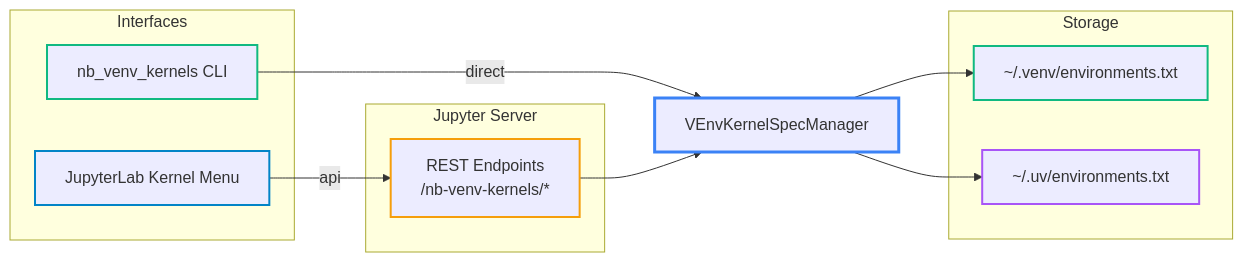
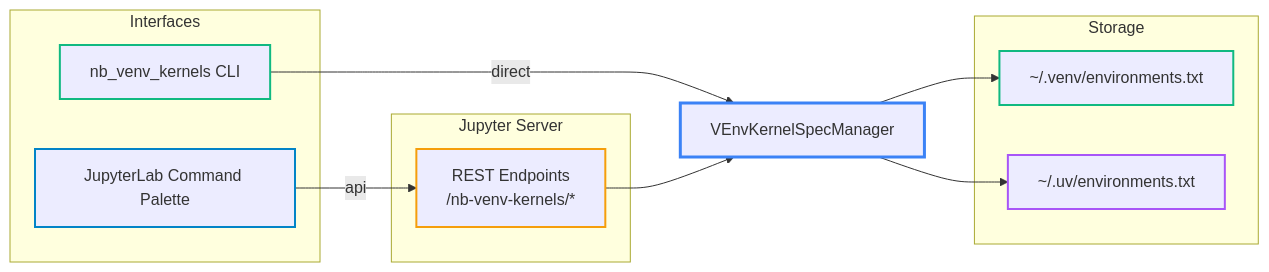
The second of 2 diagrams in README.md (stellarshenson/nb_venv_kernels), drawn with Mermaid before and after one commit. The commit also changed other lines of this file and 4 other files, not shown here.

Commit message:
feat: remove menu items from Kernel menu, keep commands in palette only

````diff
--- a/README.md
+++ b/README.md
@@ -210,31 +210,31 @@
 ```mermaid
 flowchart LR
     subgraph Interfaces
         CLI[nb_venv_kernels CLI]
-        MENU[JupyterLab Kernel Menu]
+        PAL[JupyterLab Command Palette]
     end
 
     subgraph Server[Jupyter Server]
         REST[REST Endpoints<br>/nb-venv-kernels/*]
     end
 
     MGR[VEnvKernelSpecManager]
 
     subgraph Storage
         VENV_REG[~/.venv/environments.txt]
         UV_REG[~/.uv/environments.txt]
     end
 
     CLI -->|direct| MGR
-    MENU -->|api| REST
+    PAL -->|api| REST
     REST --> MGR
     MGR --> VENV_REG
     MGR --> UV_REG
 
     style CLI stroke:#10b981,stroke-width:2px
-    style MENU stroke:#0284c7,stroke-width:2px
+    style PAL stroke:#0284c7,stroke-width:2px
     style REST stroke:#f59e0b,stroke-width:2px
     style MGR stroke:#3b82f6,stroke-width:3px
     style VENV_REG stroke:#10b981,stroke-width:2px
     style UV_REG stroke:#a855f7,stroke-width:2px
 ```
````
